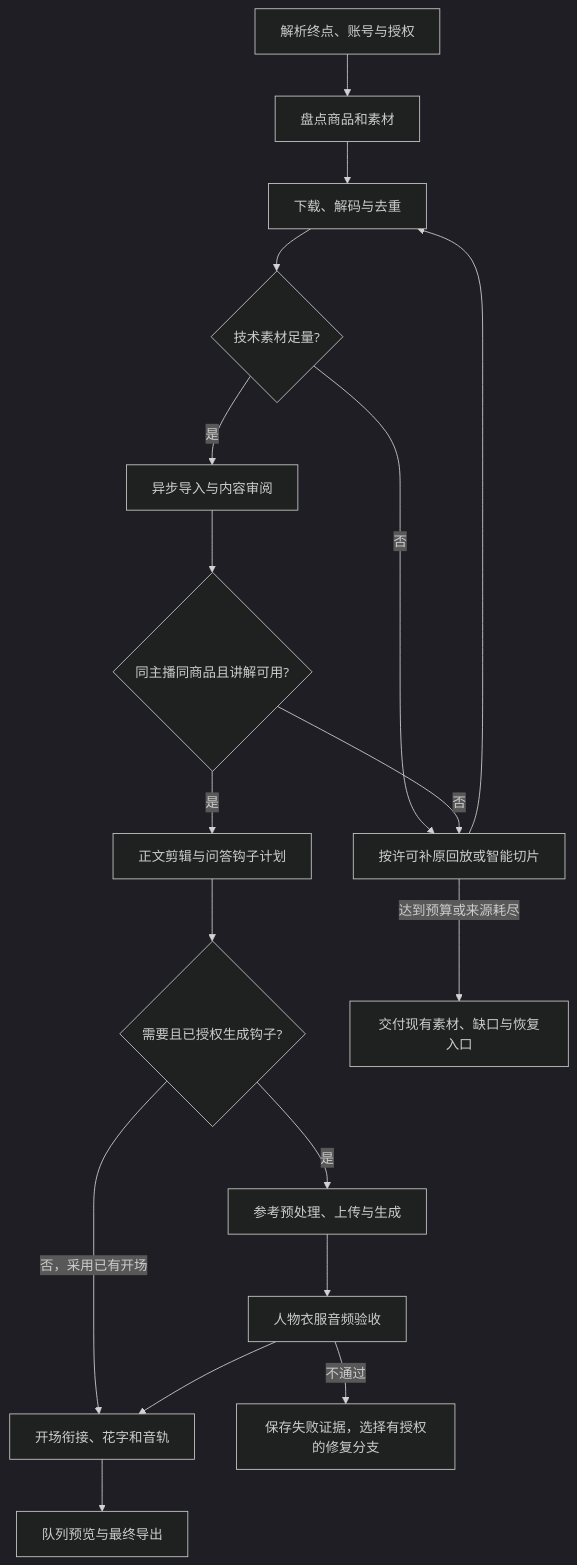
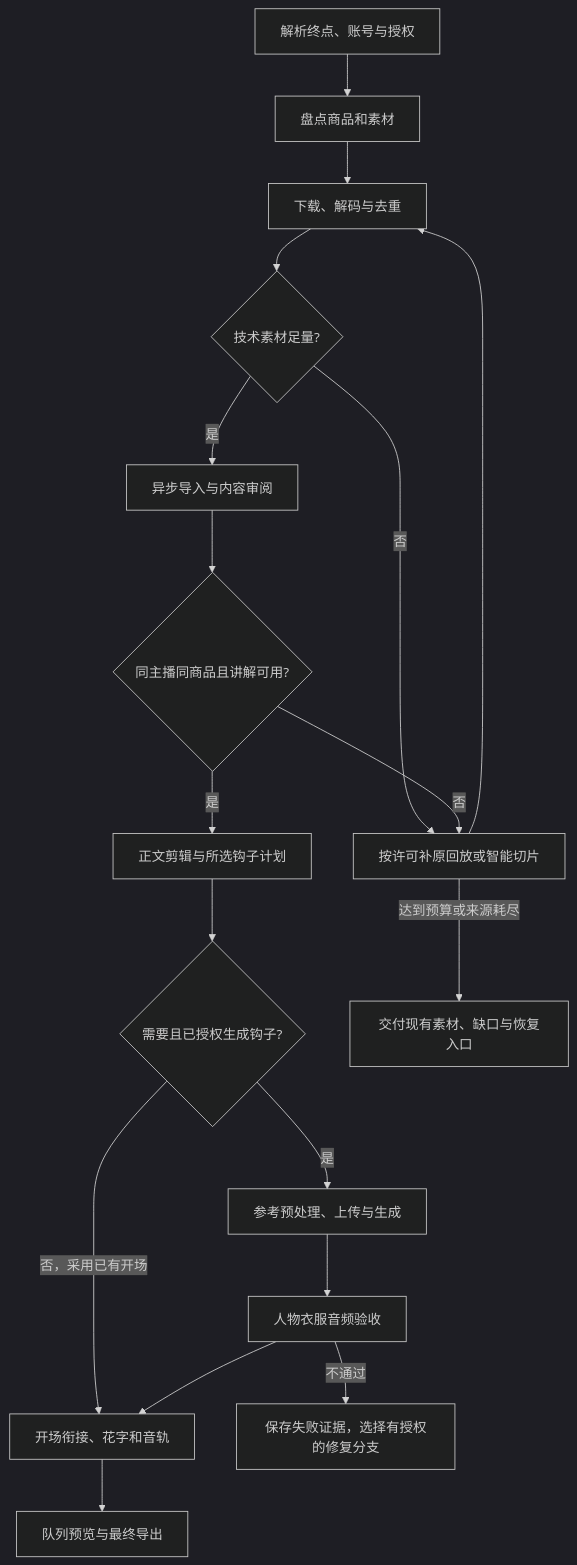
Before and after one commit to pycode4micro/cardbush-plugins: the diagram in plugins/video-editer/skills/baiying-dialogue-video/references/workflow.md, drawn with Mermaid (dark theme). The commit also changed other lines of this file and 15 other files, not shown here.

````diff
--- a/plugins/video-editer/skills/baiying-dialogue-video/references/workflow.md
+++ b/plugins/video-editer/skills/baiying-dialogue-video/references/workflow.md
@@ -5,20 +5,20 @@
 ```mermaid
 flowchart TD
     A[解析终点、账号与授权] --> B[盘点商品和素材]
     B --> C[下载、解码与去重]
     C --> D{技术素材足量?}
     D -- 否 --> E[按许可补原回放或智能切片]
     E --> C
     D -- 是 --> F[异步导入与内容审阅]
     F --> G{同主播同商品且讲解可用?}
     G -- 否 --> E
-    G -- 是 --> H[正文剪辑与问答钩子计划]
+    G -- 是 --> H[正文剪辑与所选钩子计划]
     H --> O{需要且已授权生成钩子?}
     O -- 是 --> I[参考预处理、上传与生成]
     O -- 否，采用已有开场 --> K[开场衔接、花字和音轨]
     I --> J[人物衣服音频验收]
     J --> K
     K --> L[队列预览与最终导出]
     E -- 达到预算或来源耗尽 --> M[交付现有素材、缺口与恢复入口]
     J -- 不通过 --> N[保存失败证据，选择有授权的修复分支]
 ```
````
